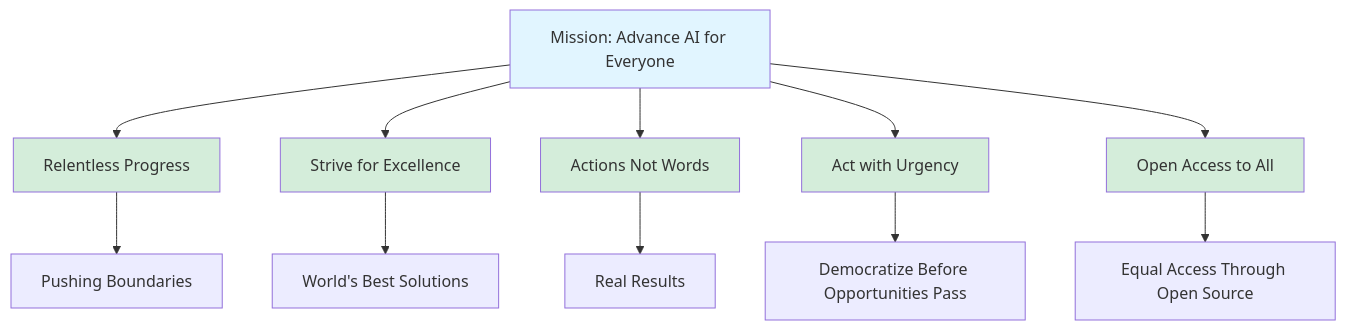
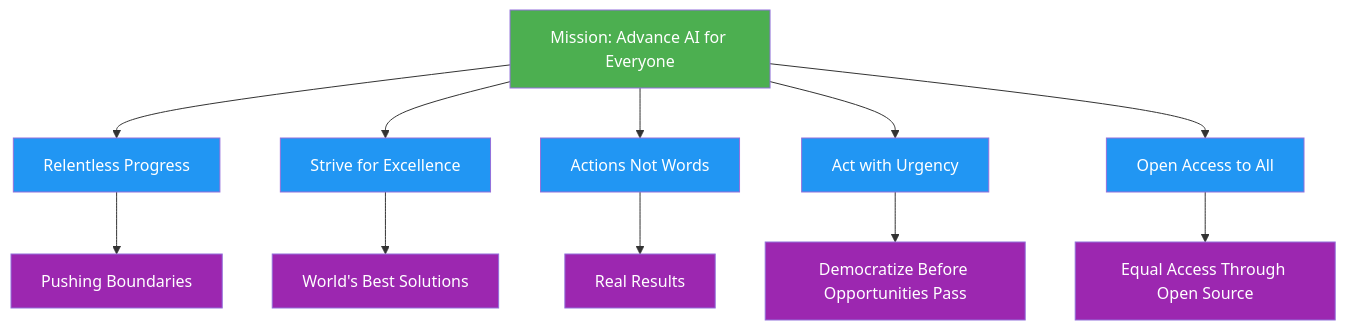
One commit to ultralytics/handbook changed the diagram in docs/en/mission-vision-values/index.md. Above: the diagram before and after it, drawn with Mermaid. The commit also changed 16 other files, not shown here.

Commit message:
Standardize Mermaid diagram colors (#302)

````diff
--- a/docs/en/mission-vision-values/index.md
+++ b/docs/en/mission-vision-values/index.md
@@ -165,21 +165,18 @@
 ```mermaid
 graph TD
-    A[Mission: Advance AI for Everyone] --> B[Relentless Progress]
-    A --> C[Strive for Excellence]
-    A --> D[Actions Not Words]
-    A --> E[Act with Urgency]
-    A --> F[Open Access to All]
+    A[Mission: Advance AI for Everyone]:::start --> B[Relentless Progress]:::proc
+    A --> C[Strive for Excellence]:::proc
+    A --> D[Actions Not Words]:::proc
+    A --> E[Act with Urgency]:::proc
+    A --> F[Open Access to All]:::proc
 
-    B --> G[Pushing Boundaries]
-    C --> H[World's Best Solutions]
-    D --> I[Real Results]
-    E --> J[Democratize Before Opportunities Pass]
-    F --> K[Equal Access Through Open Source]
+    B --> G[Pushing Boundaries]:::out
+    C --> H[World's Best Solutions]:::out
+    D --> I[Real Results]:::out
+    E --> J[Democratize Before Opportunities Pass]:::out
+    F --> K[Equal Access Through Open Source]:::out
 
-    style A fill:#e1f5ff
-    style B fill:#d4edda
-    style C fill:#d4edda
-    style D fill:#d4edda
-    style E fill:#d4edda
-    style F fill:#d4edda
+    classDef start fill:#4CAF50,color:#fff
+    classDef proc fill:#2196F3,color:#fff
+    classDef out fill:#9C27B0,color:#fff
 ```
````
